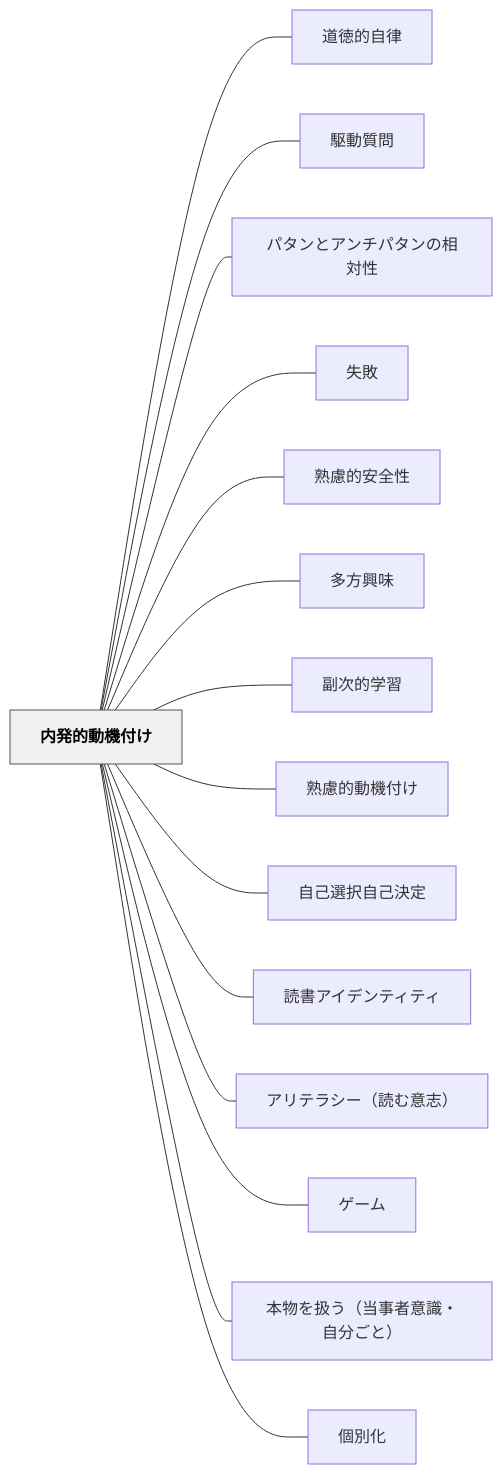
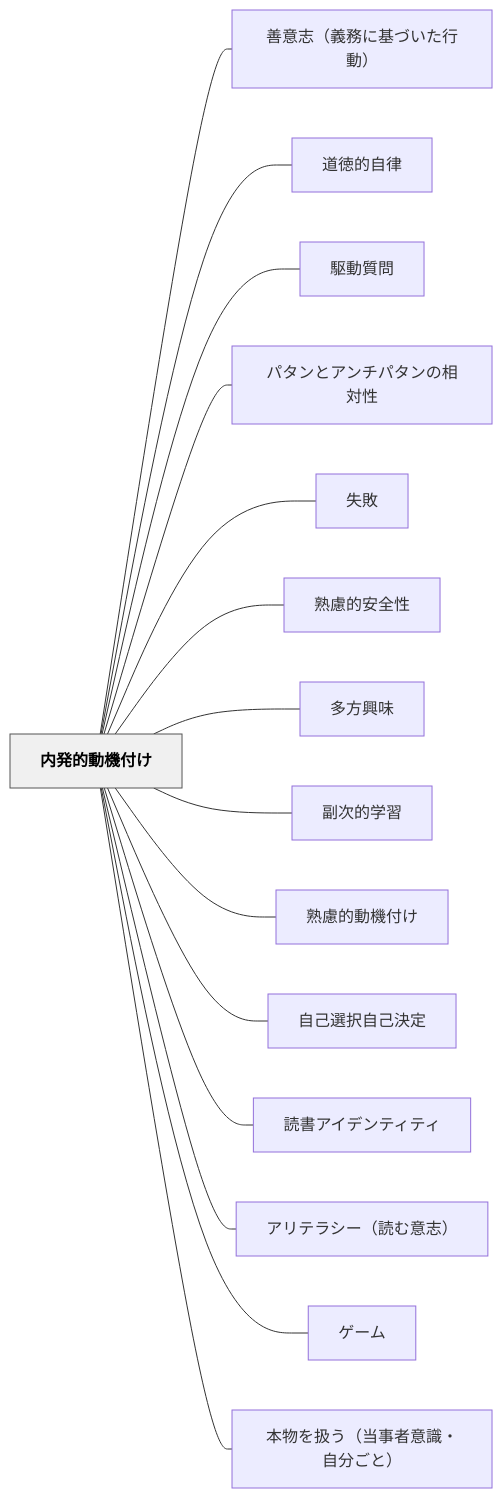
Before and after one commit to unknownthings-ed-patterns/unknownthings-ed-patterns: the diagram in content/パタン/内発的動機付け.md, drawn with Mermaid. The commit also changed other lines of this file and 18 other files, not shown here.

````diff
--- a/content/パタン/内発的動機付け.md
+++ b/content/パタン/内発的動機付け.md
@@ -199,36 +200,36 @@
 ```mermaid
 flowchart LR
     ne58685e799bae79a84e58b95e6a99fe4bb98e38191["内発的動機付け"]
+    ne59684e6848fe5bf97efbc88e7bea9e58b99e381abe59fbae381a5e38184e3819fe8a18ce58b95efbc89["善意志（義務に基づいた行動）"]
     ne98193e5beb3e79a84e887aae5be8b["道徳的自律"]
     ne9a786e58b95e8b3aae5958f["駆動質問"]
     ne38391e382bfe383b3e381a8e382a2e383b3e38381e38391e382bfe383b3e381aee79bb8e5afbee680a7["パタンとアンチパタンの相対性"]
     ne5a4b1e69597["失敗"]
     ne7869fe685aee79a84e5ae89e585a8e680a7["熟慮的安全性"]
     ne5a49ae696b9e88888e591b3["多方興味"]
     ne589afe6aca1e79a84e5ada6e7bf92["副次的学習"]
     ne7869fe685aee79a84e58b95e6a99fe4bb98e38191["熟慮的動機付け"]
     ne887aae5b7b1e981b8e68a9ee887aae5b7b1e6b1bae5ae9a["自己選択自己決定"]
     ne8aaade69bb8e382a2e382a4e38387e383b3e38386e382a3e38386e382a3["読書アイデンティティ"]
     ne382a2e383aae38386e383a9e382b7e383bcefbc88e8aaade38280e6848fe5bf97efbc89["アリテラシー（読む意志）"]
     ne382b2e383bce383a0["ゲーム"]
     ne69cace789a9e38292e689b1e38186efbc88e5bd93e4ba8be88085e6848fe8ad98e383bbe887aae58886e38194e381a8efbc89["本物を扱う（当事者意識・自分ごと）"]
-    ne5808be588a5e58c96["個別化"]
 
+    ne58685e799bae79a84e58b95e6a99fe4bb98e38191 --- ne59684e6848fe5bf97efbc88e7bea9e58b99e381abe59fbae381a5e38184e3819fe8a18ce58b95efbc89
     ne58685e799bae79a84e58b95e6a99fe4bb98e38191 --- ne98193e5beb3e79a84e887aae5be8b
     ne58685e799bae79a84e58b95e6a99fe4bb98e38191 --- ne9a786e58b95e8b3aae5958f
     ne58685e799bae79a84e58b95e6a99fe4bb98e38191 --- ne38391e382bfe383b3e381a8e382a2e383b3e38381e38391e382bfe383b3e381aee79bb8e5afbee680a7
     ne58685e799bae79a84e58b95e6a99fe4bb98e38191 --- ne5a4b1e69597
     ne58685e799bae79a84e58b95e6a99fe4bb98e38191 --- ne7869fe685aee79a84e5ae89e585a8e680a7
     ne58685e799bae79a84e58b95e6a99fe4bb98e38191 --- ne5a49ae696b9e88888e591b3
     ne58685e799bae79a84e58b95e6a99fe4bb98e38191 --- ne589afe6aca1e79a84e5ada6e7bf92
     ne58685e799bae79a84e58b95e6a99fe4bb98e38191 --- ne7869fe685aee79a84e58b95e6a99fe4bb98e38191
     ne58685e799bae79a84e58b95e6a99fe4bb98e38191 --- ne887aae5b7b1e981b8e68a9ee887aae5b7b1e6b1bae5ae9a
     ne58685e799bae79a84e58b95e6a99fe4bb98e38191 --- ne8aaade69bb8e382a2e382a4e38387e383b3e38386e382a3e38386e382a3
     ne58685e799bae79a84e58b95e6a99fe4bb98e38191 --- ne382a2e383aae38386e383a9e382b7e383bcefbc88e8aaade38280e6848fe5bf97efbc89
     ne58685e799bae79a84e58b95e6a99fe4bb98e38191 --- ne382b2e383bce383a0
     ne58685e799bae79a84e58b95e6a99fe4bb98e38191 --- ne69cace789a9e38292e689b1e38186efbc88e5bd93e4ba8be88085e6848fe8ad98e383bbe887aae58886e38194e381a8efbc89
-    ne58685e799bae79a84e58b95e6a99fe4bb98e38191 --- ne5808be588a5e58c96
 
     classDef hub fill:#f0f0f0,stroke:#555,color:#000,font-weight:bold
     class ne58685e799bae79a84e58b95e6a99fe4bb98e38191 hub
 ```
````
